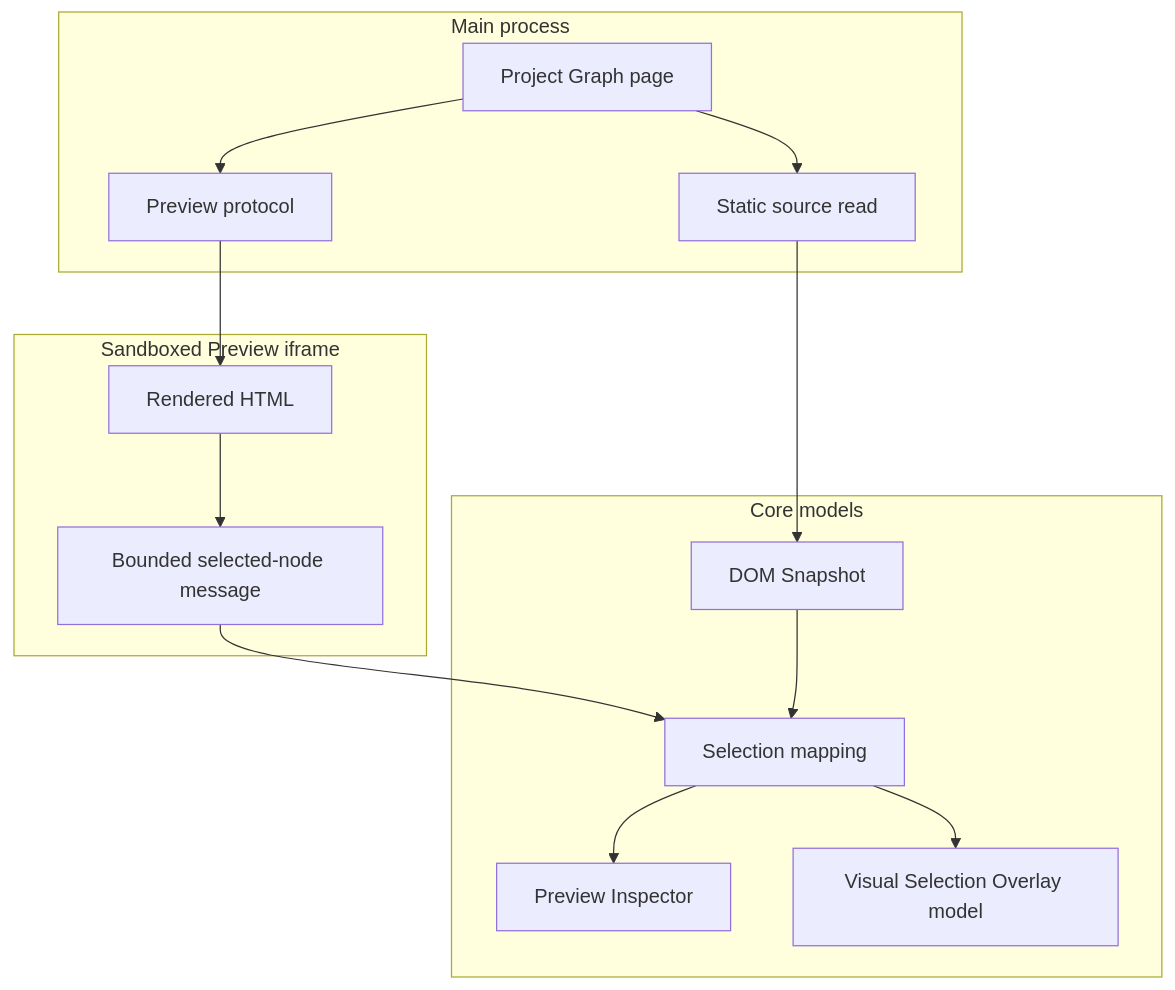
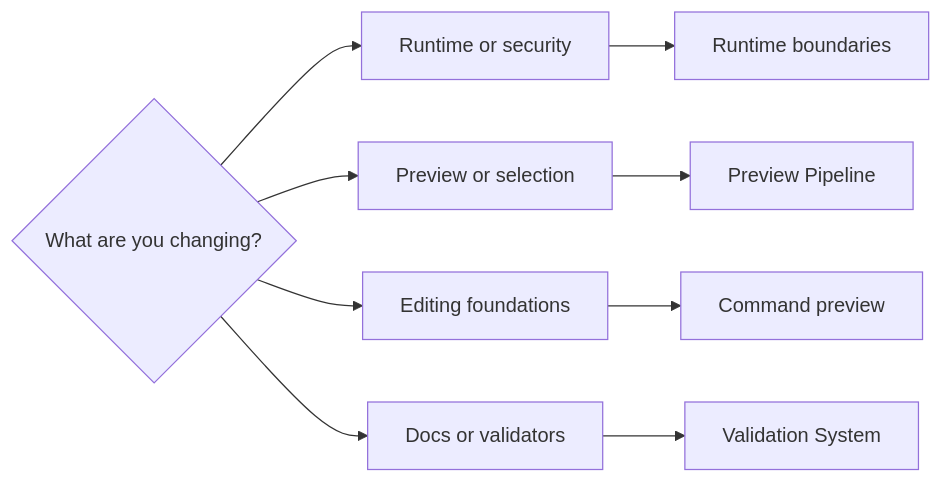
One commit to krestosa/Crystal changed the second of 3 diagrams in docs/guided-reading.md. Above: the diagram before and after it, drawn with Mermaid. The commit also changed other lines of this file and 60 other files, not shown here.

````diff
--- a/docs/guided-reading.md
+++ b/docs/guided-reading.md
@@ -139,27 +37,12 @@
 ```mermaid
-flowchart TD
-  subgraph Main[Main process]
-    Project[Project Graph page]
-    Protocol[Preview protocol]
-    Source[Static source read]
-  end
-
-  subgraph Browser[Sandboxed Preview iframe]
-    Rendered[Rendered HTML]
-    Event[Bounded selected-node message]
-  end
-
-  subgraph Core[Core models]
-    Snapshot[DOM Snapshot]
-    Mapping[Selection mapping]
-    Inspector[Preview Inspector]
-    Overlay[Visual Selection Overlay model]
-  end
-
-  Project --> Protocol --> Rendered
-  Project --> Source --> Snapshot
-  Rendered --> Event --> Mapping
-  Snapshot --> Mapping
-  Mapping --> Inspector
-  Mapping --> Overlay
+flowchart LR
+  Task{What are you changing?}
+  Task --> Runtime[Runtime or security]
+  Task --> Preview[Preview or selection]
+  Task --> Editing[Editing foundations]
+  Task --> Docs[Docs or validators]
+  Runtime --> RB[Runtime boundaries]
+  Preview --> PP[Preview Pipeline]
+  Editing --> CP[Command preview]
+  Docs --> VS[Validation System]
 ```
````
